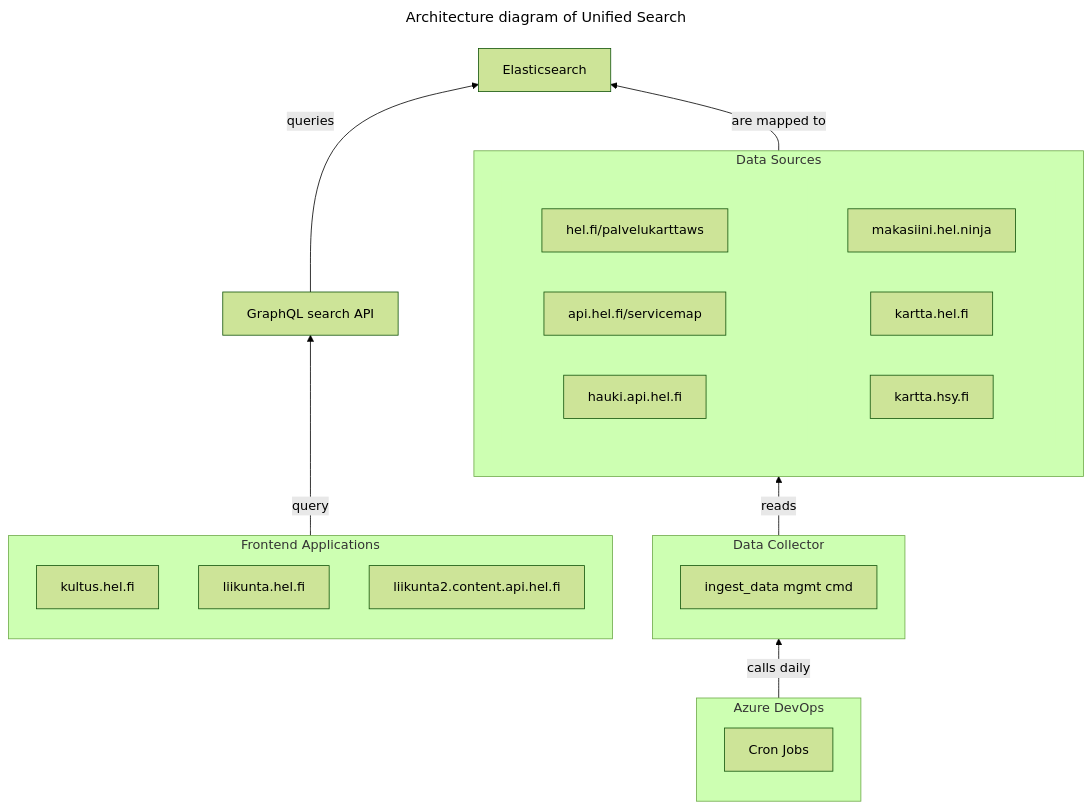
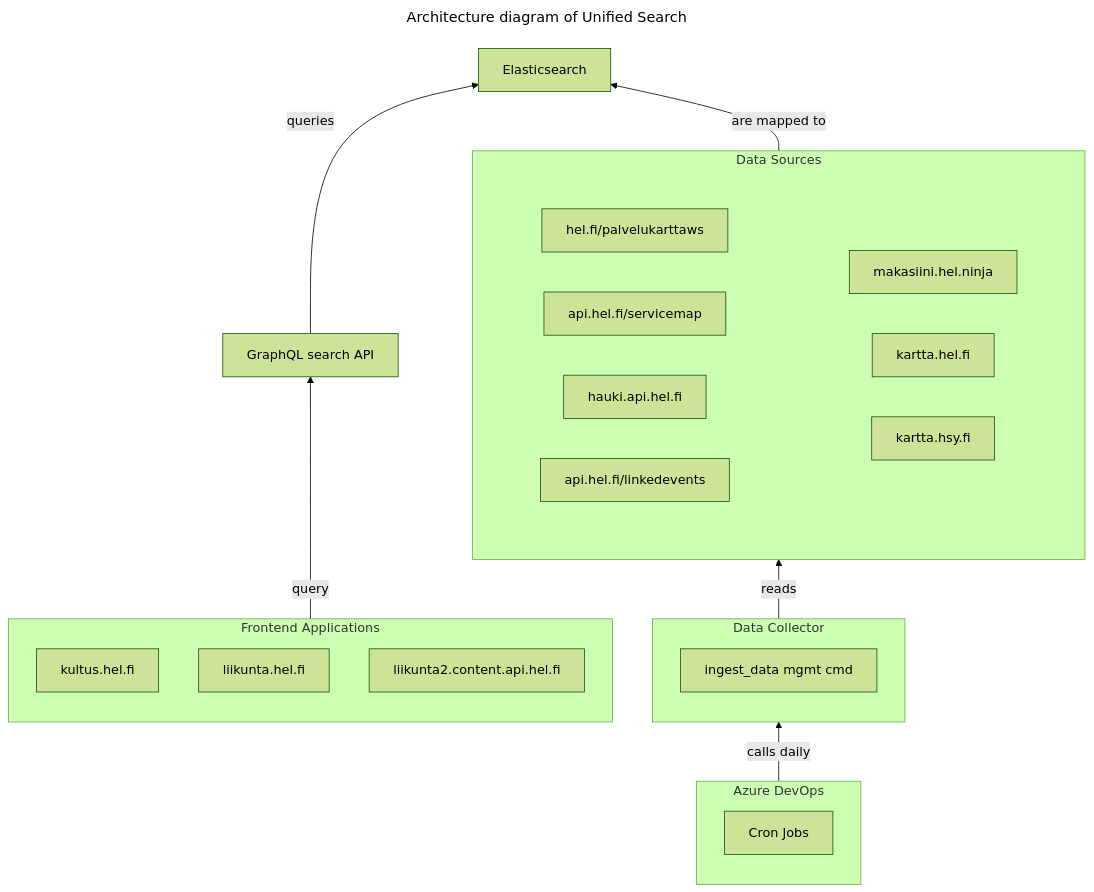
Before and after one commit to City-of-Helsinki/unified-search: the diagram in README.md, drawn with Mermaid (forest theme). The commit also changed 3 other files, not shown here.

First line of the commit message:
docs: update documentation after adding Linked Events place endpoint use

````diff
--- a/README.md
+++ b/README.md
@@ -53,39 +53,40 @@
 ```mermaid
 ---
 title: Architecture diagram of Unified Search
 ---
 flowchart BT
   subgraph DevOps["Azure DevOps"]
     CronJobs["Cron Jobs"]
   end
   subgraph Sources["Data Sources"]
-    subgraph Group1[" "]
+    subgraph DjangoMunigeoGroup[" "]
       Makasiini["makasiini.hel.ninja"]
       HelsinkiWFS["kartta.hel.fi"]
       HsyWFS["kartta.hsy.fi"]
     end
-    subgraph Group2[" "]
+    subgraph OtherAPIsGroup[" "]
       PalvelukarttaWS["hel.fi/palvelukarttaws"]
       ServiceMap["api.hel.fi/servicemap"]
       Hauki["hauki.api.hel.fi"]
+      LinkedEvents["api.hel.fi/linkedevents"]
     end
   end
   subgraph DataCollector["Data Collector"]
     IngestData["ingest_data mgmt cmd"]
   end
   subgraph Frontends["Frontend Applications"]
     Kultus["kultus.hel.fi"]
     Liikunta["liikunta.hel.fi"]
     LiikuntaHeadlessCMS["liikunta2.content.api.hel.fi"]
   end
   Elasticsearch
   GraphQL["GraphQL search API"]
 
   DevOps -- calls daily --> DataCollector
   DataCollector -- reads --> Sources -- are mapped to --> Elasticsearch
   GraphQL -- queries --> Elasticsearch
   Frontends -- query --> GraphQL
 
-  style Group1 stroke-width:0
-  style Group2 stroke-width:0
+  style DjangoMunigeoGroup stroke-width:0
+  style OtherAPIsGroup stroke-width:0
 ```
````
